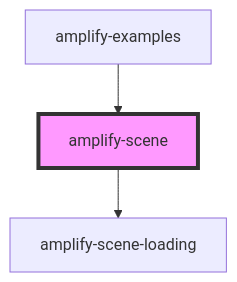
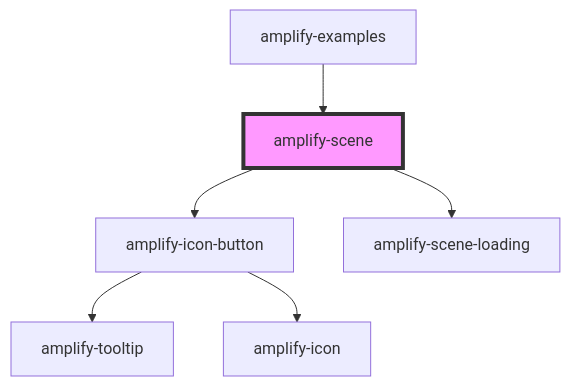
One commit to OneDev0411/amplify-js changed the diagram in packages/amplify-ui-components/src/components/amplify-scene/readme.md. Above: the diagram before and after it, drawn with Mermaid. The commit also changed other lines of this file and 241 other files, not shown here.

````diff
--- a/packages/amplify-ui-components/src/components/amplify-scene/readme.md
+++ b/packages/amplify-ui-components/src/components/amplify-scene/readme.md
@@ -26,6 +24,9 @@
 ```mermaid
 graph TD;
+  amplify-scene --> amplify-icon-button
   amplify-scene --> amplify-scene-loading
+  amplify-icon-button --> amplify-tooltip
+  amplify-icon-button --> amplify-icon
   amplify-examples --> amplify-scene
   style amplify-scene fill:#f9f,stroke:#333,stroke-width:4px
 ```
````
